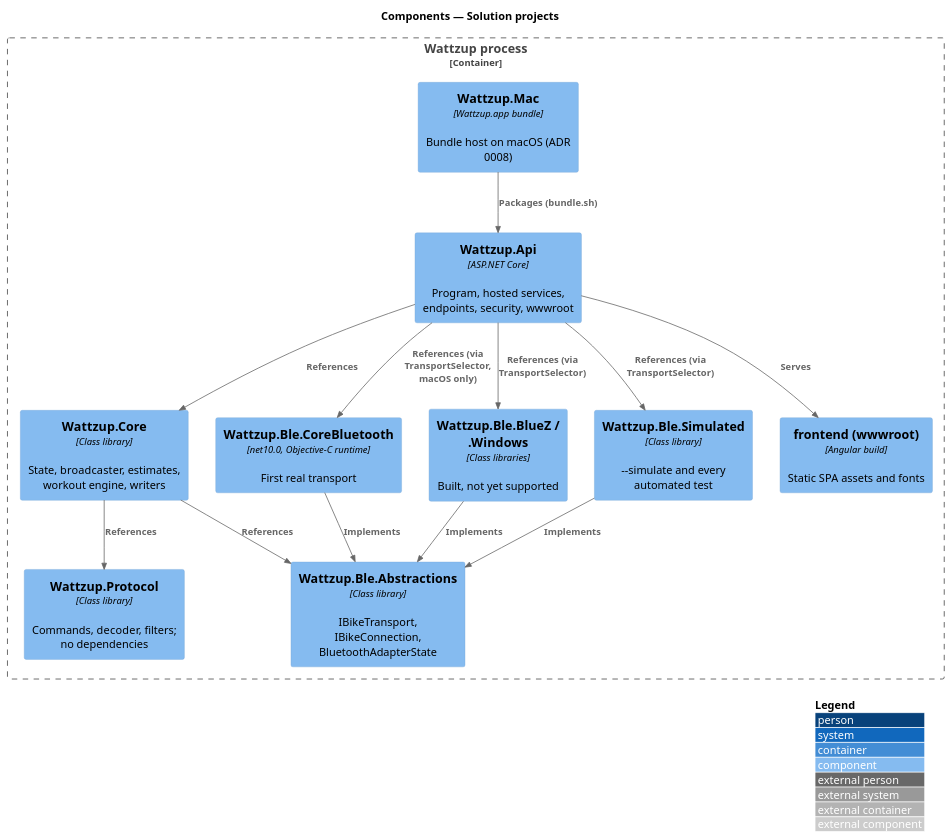
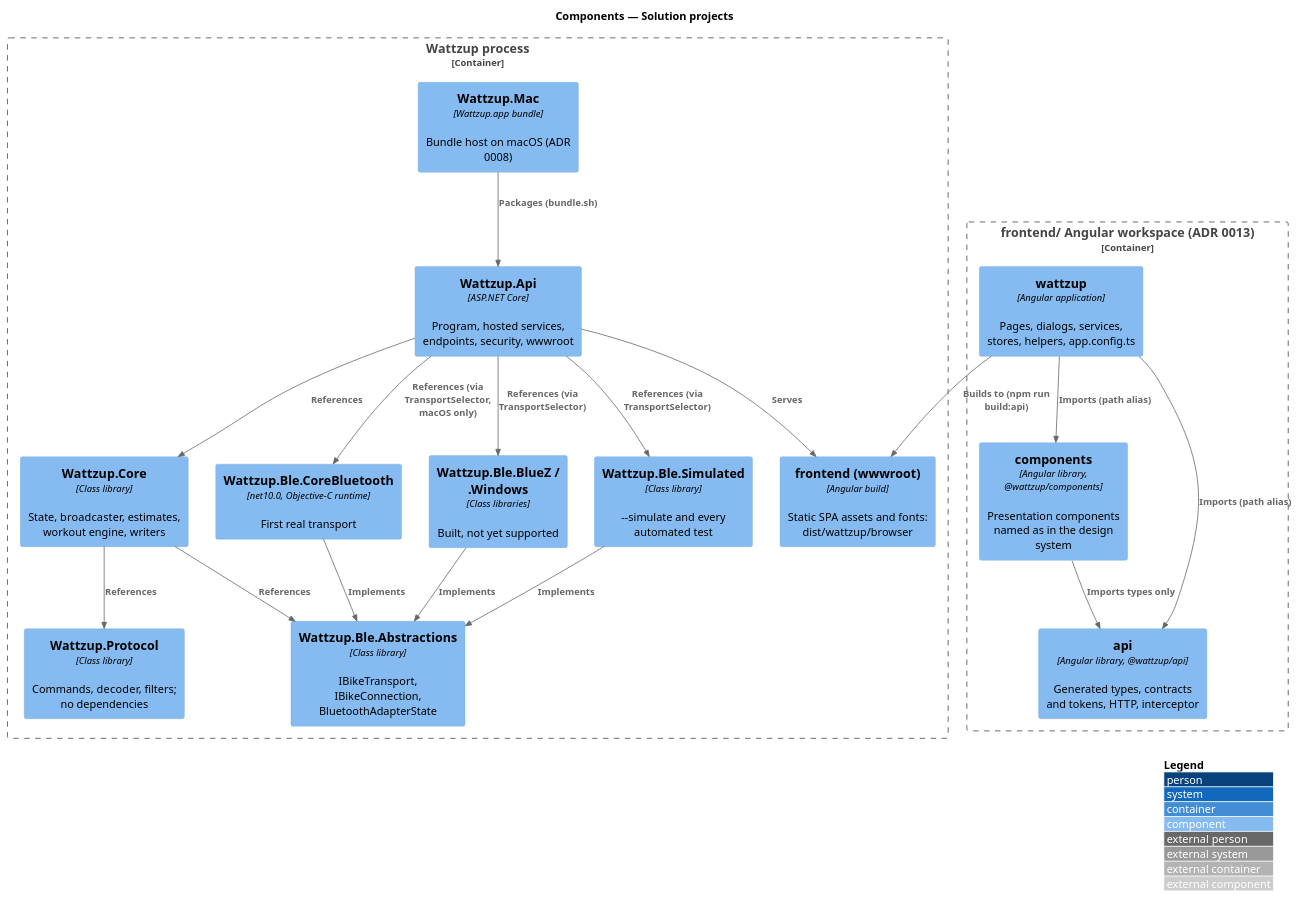
The diagram in docs/detailed-designs/platform/host-and-structure/diagrams/c4-component.puml (QuinntyneBrown/ride-one), drawn with PlantUML before and after one commit. The commit also changed 9 other files, not shown here.

First line of the commit message:
Frontend workspace with components, api and wattzup projects: L2-044 AC6, ADR 0013, host-and-structure design

```diff
--- a/docs/detailed-designs/platform/host-and-structure/diagrams/c4-component.puml
+++ b/docs/detailed-designs/platform/host-and-structure/diagrams/c4-component.puml
@@ -1,29 +1,39 @@
 @startuml
 !include <C4/C4_Component>
 LAYOUT_WITH_LEGEND()
 title Components — Solution projects
 
 Container_Boundary(proc, "Wattzup process") {
   Component(mac, "Wattzup.Mac", "Wattzup.app bundle", "Bundle host on macOS (ADR 0008)")
   Component(api, "Wattzup.Api", "ASP.NET Core", "Program, hosted services, endpoints, security, wwwroot")
   Component(core, "Wattzup.Core", "Class library", "State, broadcaster, estimates, workout engine, writers")
   Component(proto, "Wattzup.Protocol", "Class library", "Commands, decoder, filters; no dependencies")
   Component(abs, "Wattzup.Ble.Abstractions", "Class library", "IBikeTransport, IBikeConnection, BluetoothAdapterState")
   Component(cb, "Wattzup.Ble.CoreBluetooth", "net10.0, Objective-C runtime", "First real transport")
   Component(plat, "Wattzup.Ble.BlueZ / .Windows", "Class libraries", "Built, not yet supported")
   Component(sim, "Wattzup.Ble.Simulated", "Class library", "~--simulate and every automated test")
-  Component(spa, "frontend (wwwroot)", "Angular build", "Static SPA assets and fonts")
+  Component(spa, "frontend (wwwroot)", "Angular build", "Static SPA assets and fonts: dist/wattzup/browser")
+}
+
+Container_Boundary(ws, "frontend/ Angular workspace (ADR 0013)") {
+  Component(app, "wattzup", "Angular application", "Pages, dialogs, services, stores, helpers, app.config.ts")
+  Component(cmp, "components", "Angular library, @wattzup/components", "Presentation components named as in the design system")
+  Component(apilib, "api", "Angular library, @wattzup/api", "Generated types, contracts and tokens, HTTP, interceptor")
 }
 
 Rel(mac, api, "Packages (bundle.sh)")
 Rel(api, cb, "References (via TransportSelector, macOS only)")
 Rel(api, core, "References")
 Rel(api, sim, "References (via TransportSelector)")
 Rel(api, plat, "References (via TransportSelector)")
 Rel(api, spa, "Serves")
 Rel(core, proto, "References")
 Rel(core, abs, "References")
 Rel(cb, abs, "Implements")
 Rel(plat, abs, "Implements")
 Rel(sim, abs, "Implements")
+Rel(app, cmp, "Imports (path alias)")
+Rel(app, apilib, "Imports (path alias)")
+Rel(cmp, apilib, "Imports types only")
+Rel(app, spa, "Builds to (npm run build:api)")
 @enduml
```
